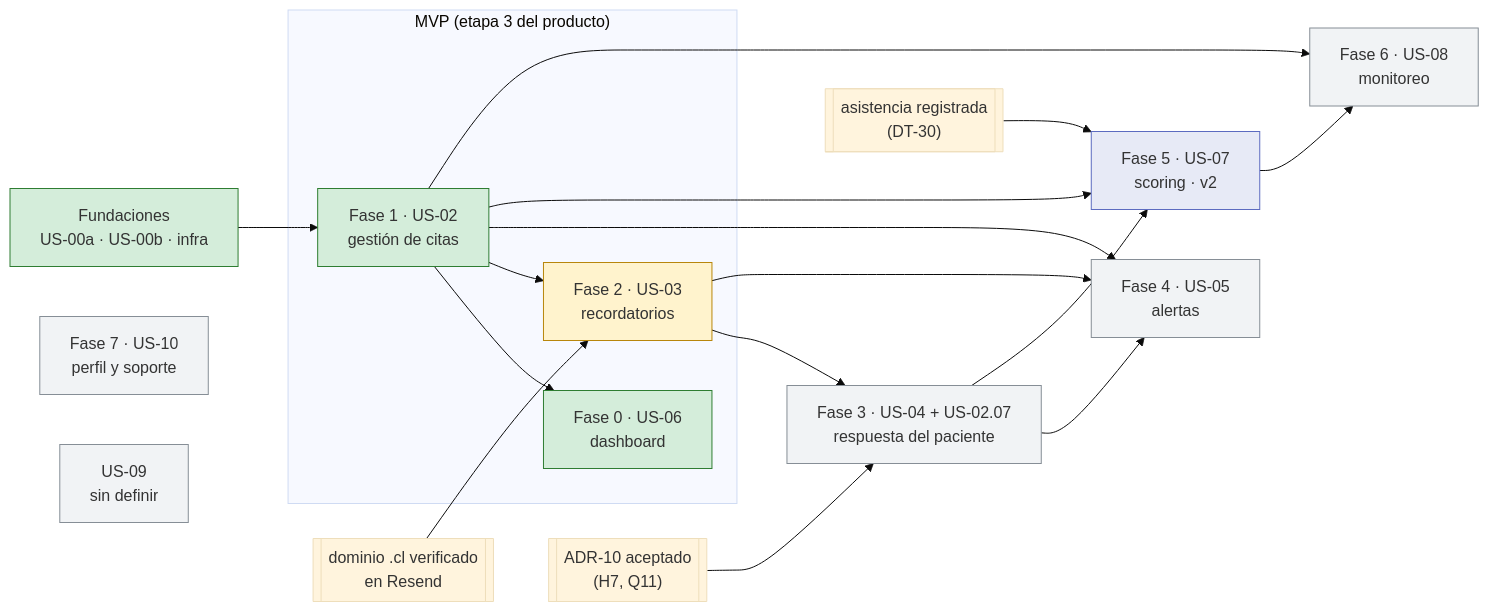
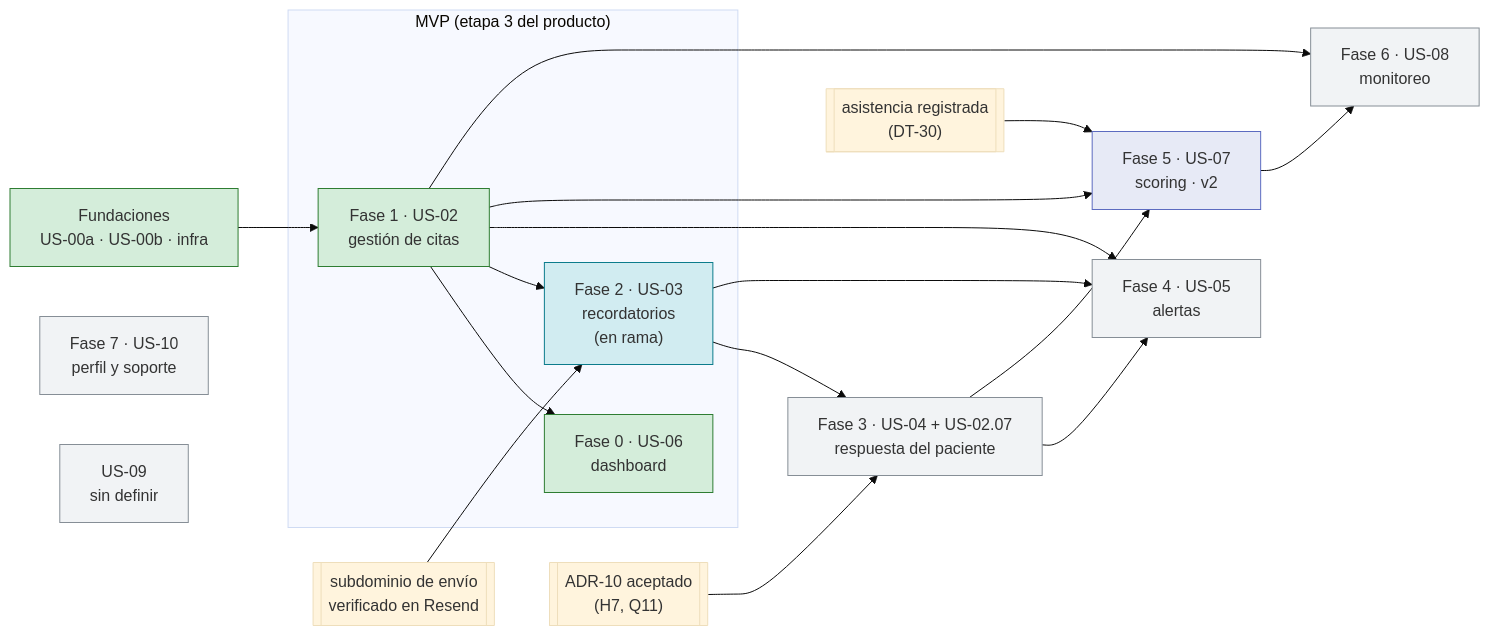
The diagram in context/Fases/README.md (Citia-solutions/citia-backend), drawn with Mermaid (base theme) before and after one commit. The commit also changed other lines of this file and 42 other files, not shown here.

````diff
--- a/context/Fases/README.md
+++ b/context/Fases/README.md
@@ -55,41 +56,42 @@
 ```mermaid
 flowchart LR
   B["Fundaciones<br/>US-00a · US-00b · infra"]:::hecho
 
   subgraph MVP["MVP (etapa 3 del producto)"]
     F1["Fase 1 · US-02<br/>gestión de citas"]:::hecho
     F0["Fase 0 · US-06<br/>dashboard"]:::hecho
-    F2["Fase 2 · US-03<br/>recordatorios"]:::disenada
+    F2["Fase 2 · US-03<br/>recordatorios<br/>(en rama)"]:::enrama
   end
 
   F3["Fase 3 · US-04 + US-02.07<br/>respuesta del paciente"]:::pendiente
   F4["Fase 4 · US-05<br/>alertas"]:::pendiente
   F5["Fase 5 · US-07<br/>scoring · v2"]:::aplazada
   F6["Fase 6 · US-08<br/>monitoreo"]:::pendiente
   F7["Fase 7 · US-10<br/>perfil y soporte"]:::pendiente
   U9["US-09<br/>sin definir"]:::pendiente
 
-  DOM[["dominio .cl verificado<br/>en Resend"]]
+  DOM[["subdominio de envío<br/>verificado en Resend"]]
   A10[["ADR-10 aceptado<br/>(H7, Q11)"]]
   D30[["asistencia registrada<br/>(DT-30)"]]
 
   B --> F1
   F1 --> F0
   F1 --> F2
   DOM --> F2
   F2 --> F3
   A10 --> F3
   F1 --> F4
   F2 --> F4
   F3 --> F4
   F1 --> F5
   F3 --> F5
   D30 --> F5
   F1 --> F6
   F5 --> F6
 
   classDef hecho fill:#d4edda,stroke:#2e7d32
   classDef disenada fill:#fff3cd,stroke:#b8860b
+  classDef enrama fill:#d1ecf1,stroke:#0c7c8c
   classDef pendiente fill:#f1f3f5,stroke:#868e96
   classDef aplazada fill:#e7eaf6,stroke:#5c6bc0
 ```
````
